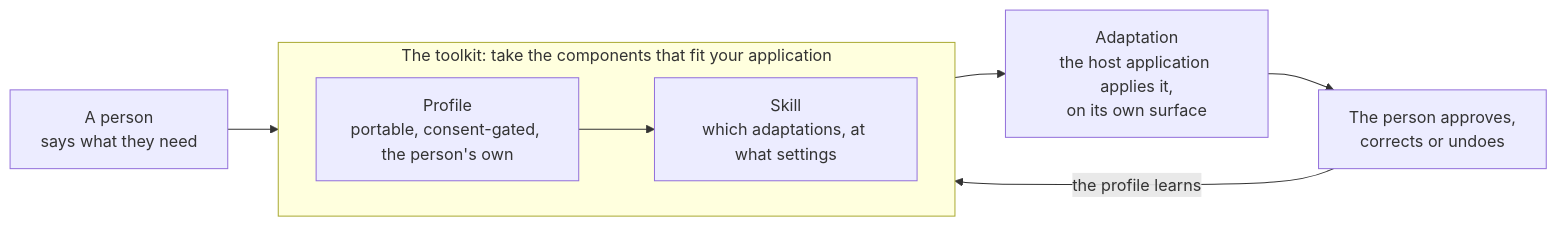
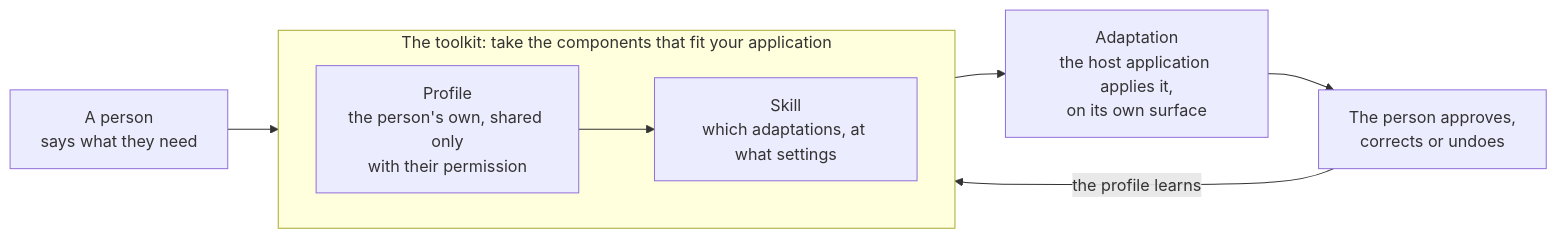
The diagram in README.md (Vincent-mutwiri/Rehearse-the-journey), drawn with Mermaid before and after one commit. The commit also changed other lines of this file and 3 other files, not shown here.

````diff
--- a/README.md
+++ b/README.md
@@ -23,13 +28,13 @@
 ```mermaid
 flowchart LR
   accTitle: How the toolkit fits
-  accDescr: A person says what they need. Inside the toolkit, a profile holds that understanding and a skill says which adaptations fit. The host application applies the adaptation on its own surface. The person approves, corrects or undoes it, and the profile learns from that. A developer takes whichever toolkit components suit their application.
+  accDescr: A person says what they need. Inside the toolkit, a profile stores those needs and a skill says which adaptations fit. The host application applies the adaptation on its own surface. The person approves, corrects or undoes it, and the profile learns from that. A developer takes whichever toolkit components suit their application.
   subgraph T[The toolkit: take the components that fit your application]
     direction LR
-    A[Profile<br/>portable, consent-gated, the person's own] --> S[Skill<br/>which adaptations, at what settings]
+    A[Profile<br/>the person's own, shared only<br/>with their permission] --> S[Skill<br/>which adaptations, at what settings]
   end
   P[A person<br/>says what they need] --> A
   S --> D[Adaptation<br/>the host application applies it,<br/>on its own surface]
   D --> V[The person approves,<br/>corrects or undoes]
   V -- the profile learns --> A
 ```
````
